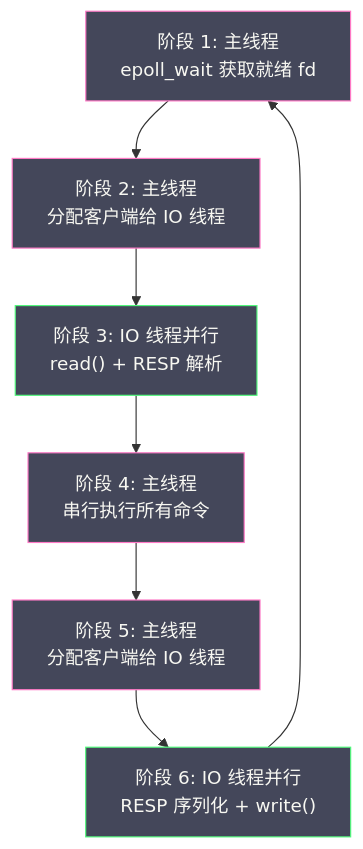
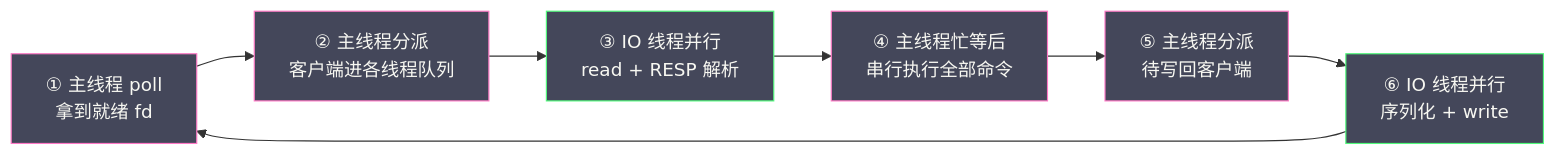
Before and after one commit to hpliStartAgain/my-brain: the third of 5 diagrams in content/中间件/Redis/Redis设计与实现/05 单线程模型与事件驱动架构.md, drawn with Mermaid. The commit also changed other lines of this file and 455 other files, not shown here.

````diff
--- a/content/中间件/Redis/Redis设计与实现/05 单线程模型与事件驱动架构.md
+++ b/content/中间件/Redis/Redis设计与实现/05 单线程模型与事件驱动架构.md
@@ -362,18 +634,15 @@
 ```mermaid
 %%{init: {'theme': 'dracula'}}%%
-graph TD
-    S1["阶段 1: 主线程</br>epoll_wait 获取就绪 fd"]
-    S2["阶段 2: 主线程</br>分配客户端给 IO 线程"]
-    S3["阶段 3: IO 线程并行</br>read() + RESP 解析"]
-    S4["阶段 4: 主线程</br>串行执行所有命令"]
-    S5["阶段 5: 主线程</br>分配客户端给 IO 线程"]
-    S6["阶段 6: IO 线程并行</br>RESP 序列化 + write()"]
-
-    S1 --> S2 --> S3 --> S4 --> S5 --> S6 --> S1
+flowchart LR
+    S1["① 主线程 poll<br/>拿到就绪 fd"] --> S2["② 主线程分派<br/>客户端进各线程队列"]
+    S2 --> S3["③ IO 线程并行<br/>read + RESP 解析"]
+    S3 --> S4["④ 主线程忙等后<br/>串行执行全部命令"]
+    S4 --> S5["⑤ 主线程分派<br/>待写回客户端"]
+    S5 --> S6["⑥ IO 线程并行<br/>序列化 + write"]
+    S6 --> S1
 
     classDef main fill:#44475a,stroke:#ff79c6,color:#f8f8f2
     classDef io fill:#44475a,stroke:#50fa7b,color:#f8f8f2
-
     class S1,S2,S4,S5 main
     class S3,S6 io
 ```
````
